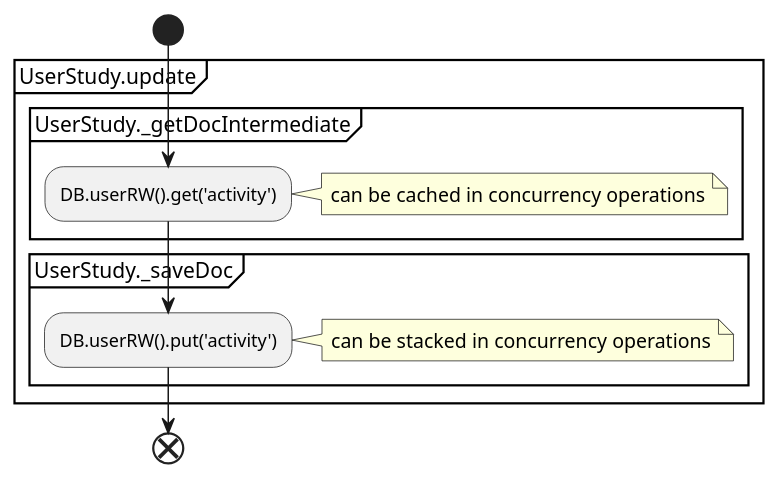
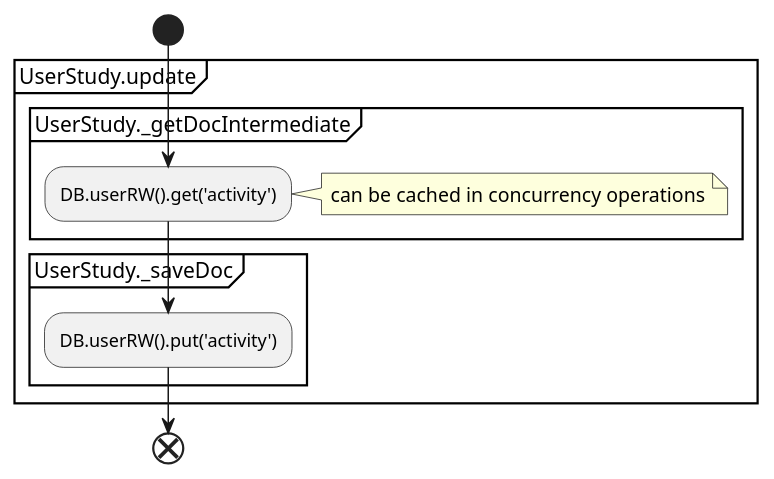
The diagram in dao/UserStudy/update.wsd (MaxXx1313/testwiki), drawn with PlantUML before and after one commit. The commit also changed 1 other file, not shown here.

```diff
--- a/dao/UserStudy/update.wsd
+++ b/dao/UserStudy/update.wsd
@@ -2,18 +2,17 @@
 @startuml
 
 start
 partition UserStudy.update {
 
   partition UserStudy._getDocIntermediate {
     :DB.userRW().get('activity');
     note right: can be cached in concurrency operations
   }
 
   partition UserStudy._saveDoc {
     :DB.userRW().put('activity');
-    note right: can be stacked in concurrency operations
   }
 }
 end
 
 @enduml
```
